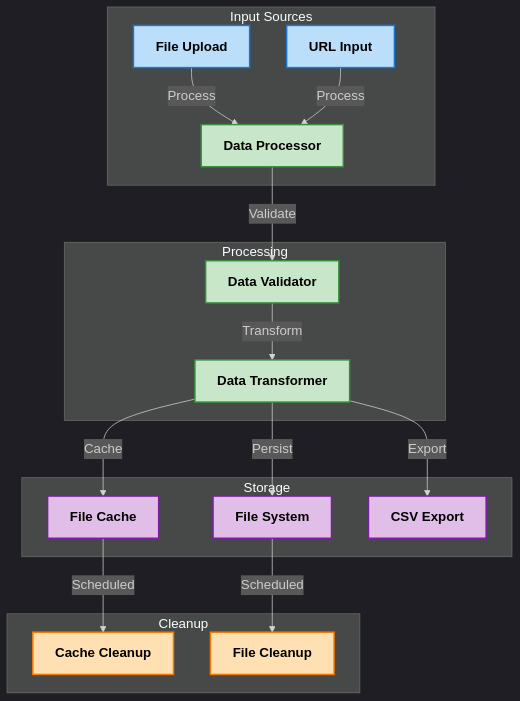
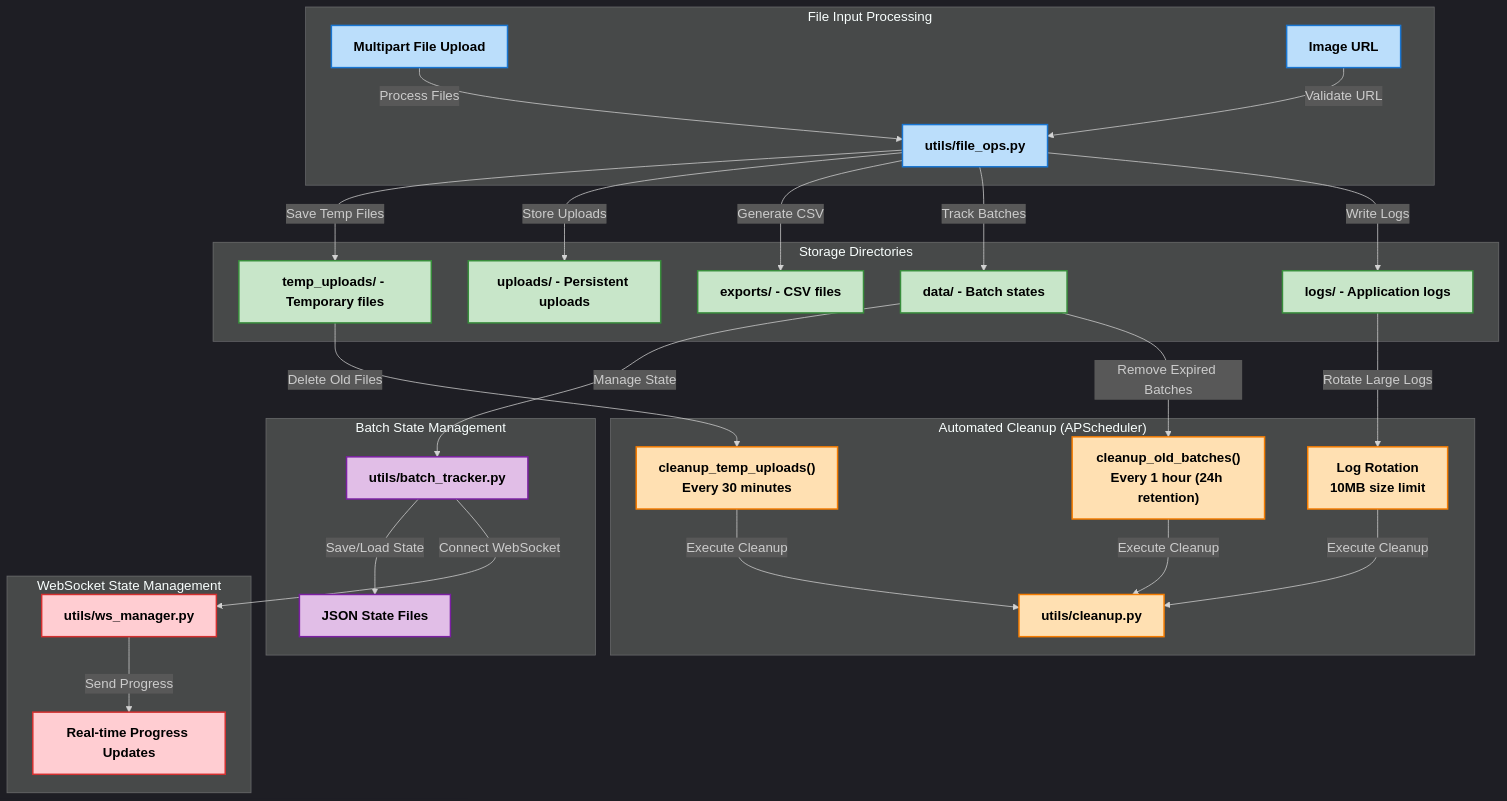
One commit to Dhruv0306/SymphonyProject1 changed the eighth of 9 diagrams in README.md. Above: the diagram before and after it, drawn with Mermaid. The commit also changed other lines of this file and 38 other files, not shown here.

Commit message:
docs: update documentation for WebSocket heartbeat and scheduler startup- Documented WebSocket heartbeat timeout mechanism- Added notes on scheduler initialization in startup event- Improved inline comments and logging descriptions for clarity

````diff
--- a/README.md
+++ b/README.md
@@ -420,34 +465,51 @@
 ```mermaid
 %%{init: {'theme': 'dark', 'themeVariables': { 'fontFamily': 'arial', 'fontSize': '18px', 'fontWeight': 'bold'}}}%%
 graph TD
-    subgraph "Input Sources"
+    subgraph "File Input Processing"
         style A1 fill:#bbdefb,stroke:#1976d2,stroke-width:2px,color:#000000,font-weight:bold
         style A2 fill:#bbdefb,stroke:#1976d2,stroke-width:2px,color:#000000,font-weight:bold
-        A1["File Upload"] -->|"Process"| B["Data Processor"]
-        A2["URL Input"] -->|"Process"| B
+        style A3 fill:#bbdefb,stroke:#1976d2,stroke-width:2px,color:#000000,font-weight:bold
+        A1["Multipart File Upload"] -->|"Process Files"| A3["utils/file_ops.py"]
+        A2["Image URL"] -->|"Validate URL"| A3
     end
 
-    subgraph "Processing"
-        style B fill:#c8e6c9,stroke:#388e3c,stroke-width:2px,color:#000000,font-weight:bold
-        style C fill:#c8e6c9,stroke:#388e3c,stroke-width:2px,color:#000000,font-weight:bold
-        style D fill:#c8e6c9,stroke:#388e3c,stroke-width:2px,color:#000000,font-weight:bold
-        B -->|"Validate"| C["Data Validator"]
-        C -->|"Transform"| D["Data Transformer"]
+    subgraph "Storage Directories"
+        style B1 fill:#c8e6c9,stroke:#388e3c,stroke-width:2px,color:#000000,font-weight:bold
+        style B2 fill:#c8e6c9,stroke:#388e3c,stroke-width:2px,color:#000000,font-weight:bold
+        style B3 fill:#c8e6c9,stroke:#388e3c,stroke-width:2px,color:#000000,font-weight:bold
+        style B4 fill:#c8e6c9,stroke:#388e3c,stroke-width:2px,color:#000000,font-weight:bold
+        style B5 fill:#c8e6c9,stroke:#388e3c,stroke-width:2px,color:#000000,font-weight:bold
+        A3 -->|"Save Temp Files"| B1["temp_uploads/ - Temporary files"]
+        A3 -->|"Store Uploads"| B2["uploads/ - Persistent uploads"]
+        A3 -->|"Generate CSV"| B3["exports/ - CSV files"]
+        A3 -->|"Track Batches"| B4["data/ - Batch states"]
+        A3 -->|"Write Logs"| B5["logs/ - Application logs"]
     end
 
-    subgraph "Storage"
-        style E fill:#e1bee7,stroke:#7b1fa2,stroke-width:2px,color:#000000,font-weight:bold
-        style F fill:#e1bee7,stroke:#7b1fa2,stroke-width:2px,color:#000000,font-weight:bold
-        style G fill:#e1bee7,stroke:#7b1fa2,stroke-width:2px,color:#000000,font-weight:bold
-        D -->|"Cache"| E["File Cache"]
-        D -->|"Persist"| F["File System"]
-        D -->|"Export"| G["CSV Export"]
+    subgraph "Batch State Management"
+        style C1 fill:#e1bee7,stroke:#7b1fa2,stroke-width:2px,color:#000000,font-weight:bold
+        style C2 fill:#e1bee7,stroke:#7b1fa2,stroke-width:2px,color:#000000,font-weight:bold
+        B4 -->|"Manage State"| C1["utils/batch_tracker.py"]
+        C1 -->|"Save/Load State"| C2["JSON State Files"]
     end
 
-    subgraph "Cleanup"
-        style H fill:#ffe0b2,stroke:#f57c00,stroke-width:2px,color:#000000,font-weight:bold
-        style I fill:#ffe0b2,stroke:#f57c00,stroke-width:2px,color:#000000,font-weight:bold
-        E -->|"Scheduled"| H["Cache Cleanup"]
-        F -->|"Scheduled"| I["File Cleanup"]
+    subgraph "Automated Cleanup (APScheduler)"
+        style D1 fill:#ffe0b2,stroke:#f57c00,stroke-width:2px,color:#000000,font-weight:bold
+        style D2 fill:#ffe0b2,stroke:#f57c00,stroke-width:2px,color:#000000,font-weight:bold
+        style D3 fill:#ffe0b2,stroke:#f57c00,stroke-width:2px,color:#000000,font-weight:bold
+        style D4 fill:#ffe0b2,stroke:#f57c00,stroke-width:2px,color:#000000,font-weight:bold
+        B1 -->|"Delete Old Files"| D1["cleanup_temp_uploads()<br/>Every 30 minutes"]
+        B4 -->|"Remove Expired Batches"| D2["cleanup_old_batches()<br/>Every 1 hour (24h retention)"]
+        B5 -->|"Rotate Large Logs"| D3["Log Rotation<br/>10MB size limit"]
+        D1 -->|"Execute Cleanup"| D4["utils/cleanup.py"]
+        D2 -->|"Execute Cleanup"| D4
+        D3 -->|"Execute Cleanup"| D4
+    end
+
+    subgraph "WebSocket State Management"
+        style E1 fill:#ffcdd2,stroke:#d32f2f,stroke-width:2px,color:#000000,font-weight:bold
+        style E2 fill:#ffcdd2,stroke:#d32f2f,stroke-width:2px,color:#000000,font-weight:bold
+        C1 -->|"Connect WebSocket"| E1["utils/ws_manager.py"]
+        E1 -->|"Send Progress"| E2["Real-time Progress Updates"]
     end
 ```
````
